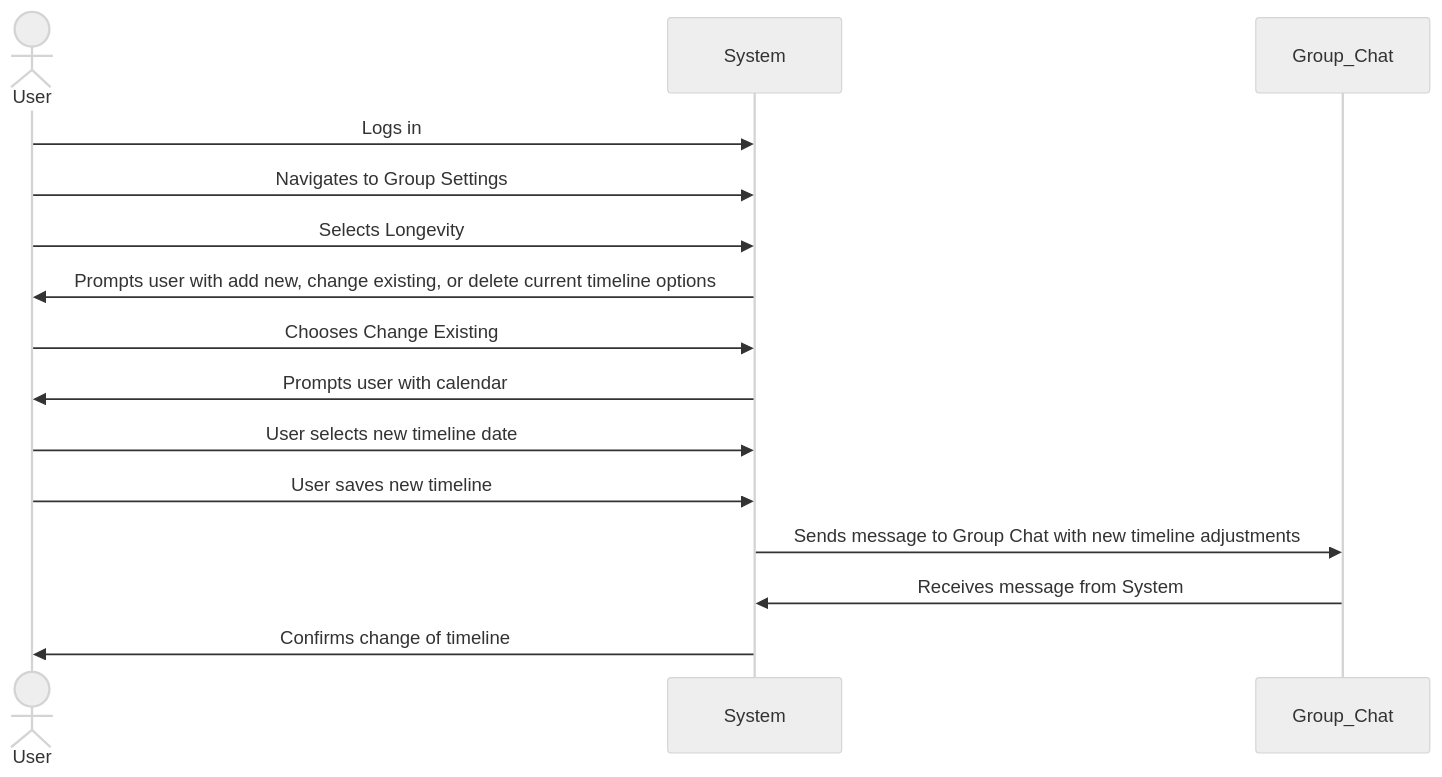
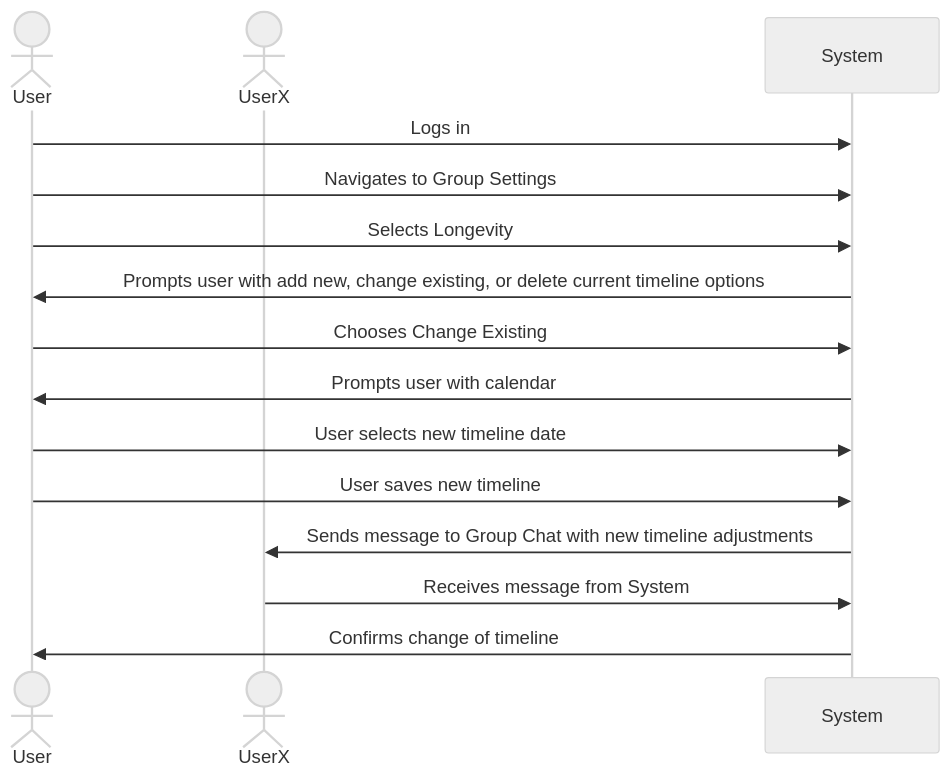
Before and after one commit to Capstone-Projects-2023-Spring/project-groupmeet: the third of 4 diagrams in documentation/docs/system-architecture/design.md, drawn with Mermaid (neutral theme). The commit also changed other lines of this file, not shown here.

Commit message:
Use case 6 update

````diff
--- a/documentation/docs/system-architecture/design.md
+++ b/documentation/docs/system-architecture/design.md
@@ -62,18 +62,18 @@
 ```mermaid
 sequenceDiagram
     actor User
+    actor UserX
     participant System
-    participant Group_Chat
 
     User->>System: Logs in
     User->>System: Navigates to Group Settings
     User->>System: Selects Longevity
     System->>User: Prompts user with add new, change existing, or delete current timeline options
     User->>System: Chooses Change Existing
     System->>User: Prompts user with calendar
     User->>System: User selects new timeline date
     User->>System: User saves new timeline
-    System->>Group_Chat: Sends message to Group Chat with new timeline adjustments
-    Group_Chat->>System: Receives message from System
+    System->>UserX: Sends message to Group Chat with new timeline adjustments
+    UserX->>System: Receives message from System
     System->>User: Confirms change of timeline
 ```
````
